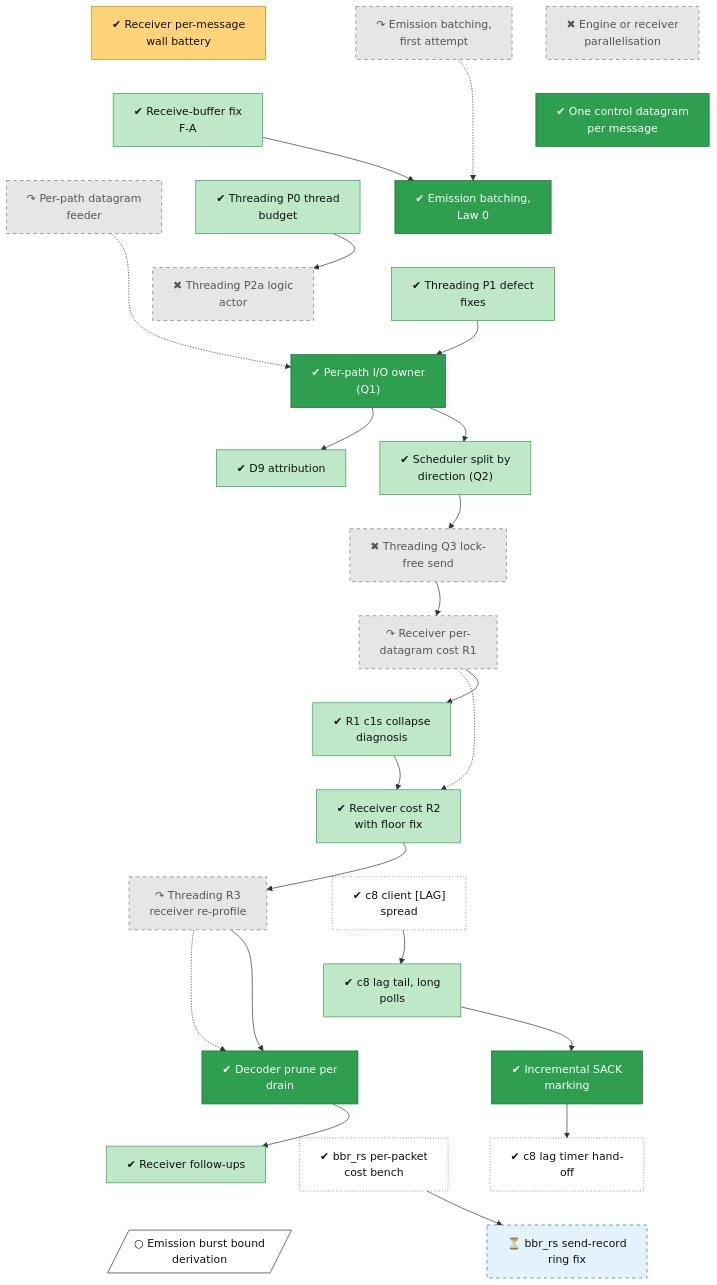
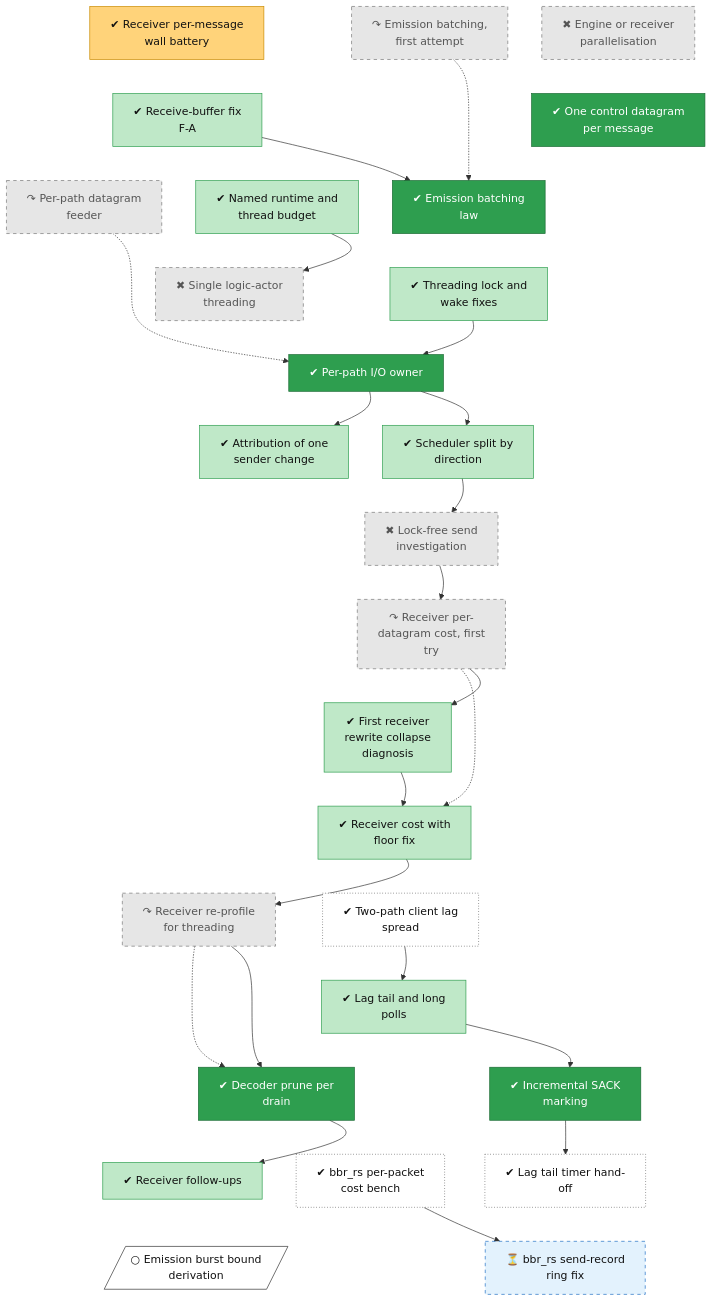
One commit to lhns/raptorpath changed the diagram in docs/roadmap/tracks/perf.md. Above: the diagram before and after it, drawn with Mermaid. The commit also changed other lines of this file and 13 other files, not shown here.

First line of the commit message:
roadmap: titles without internal codes - no ADR numbers, arm and gate names, test-cell names, plan, lever or phase letters; a removed code with no other record is kept in notes

```diff
--- a/docs/roadmap/tracks/perf.md
+++ b/docs/roadmap/tracks/perf.md
@@ -14,24 +14,24 @@
     perf_recv_msg_wall["✔ Receiver per-message<br/>wall battery"]
     perf_ack_merge["✔ One control datagram<br/>per message"]
     perf_rcvbuf["✔ Receive-buffer fix<br/>F-A"]
-    perf_emit_batch_law0["✔ Emission batching,<br/>Law 0"]
+    perf_emit_batch_law0["✔ Emission batching<br/>law"]
     perf_quic_feeder["↷ Per-path datagram<br/>feeder"]
-    perf_threading_p0["✔ Threading P0 thread<br/>budget"]
-    perf_threading_p1["✔ Threading P1 defect<br/>fixes"]
-    perf_threading_p2a["✖ Threading P2a logic<br/>actor"]
-    perf_io_owner["✔ Per-path I/O owner<br/>(Q1)"]
-    perf_d9_attribution["✔ D9 attribution"]
-    perf_sched_split["✔ Scheduler split by<br/>direction (Q2)"]
-    perf_q3_investigation["✖ Threading Q3 lock-<br/>free send"]
-    perf_receiver_r1["↷ Receiver per-<br/>datagram cost R1"]
-    perf_s20_r1_collapse["✔ R1 c1s collapse<br/>diagnosis"]
-    perf_receiver_r2["✔ Receiver cost R2<br/>with floor fix"]
-    perf_threading_r3["↷ Threading R3<br/>receiver re-profile"]
-    perf_c8_lag["✔ c8 client #91;LAG#93;<br/>spread"]
-    perf_s26_long_polls["✔ c8 lag tail, long<br/>polls"]
+    perf_threading_p0["✔ Named runtime and<br/>thread budget"]
+    perf_threading_p1["✔ Threading lock and<br/>wake fixes"]
+    perf_threading_p2a["✖ Single logic-actor<br/>threading"]
+    perf_io_owner["✔ Per-path I/O owner"]
+    perf_d9_attribution["✔ Attribution of one<br/>sender change"]
+    perf_sched_split["✔ Scheduler split by<br/>direction"]
+    perf_q3_investigation["✖ Lock-free send<br/>investigation"]
+    perf_receiver_r1["↷ Receiver per-<br/>datagram cost, first<br/>try"]
+    perf_s20_r1_collapse["✔ First receiver<br/>rewrite collapse<br/>diagnosis"]
+    perf_receiver_r2["✔ Receiver cost with<br/>floor fix"]
+    perf_threading_r3["↷ Receiver re-profile<br/>for threading"]
+    perf_c8_lag["✔ Two-path client lag<br/>spread"]
+    perf_s26_long_polls["✔ Lag tail and long<br/>polls"]
     perf_incremental_sack["✔ Incremental SACK<br/>marking"]
     perf_decoder_prune["✔ Decoder prune per<br/>drain"]
-    perf_s33_timer["✔ c8 lag timer hand-<br/>off"]
+    perf_s33_timer["✔ Lag tail timer hand-<br/>off"]
     perf_receiver_followups["✔ Receiver follow-ups"]
     perf_bbrrs_ns_cost["✔ bbr_rs per-packet<br/>cost bench"]
     perf_bbrrs_ring_fix["⏳ bbr_rs send-record<br/>ring fix"]
```
